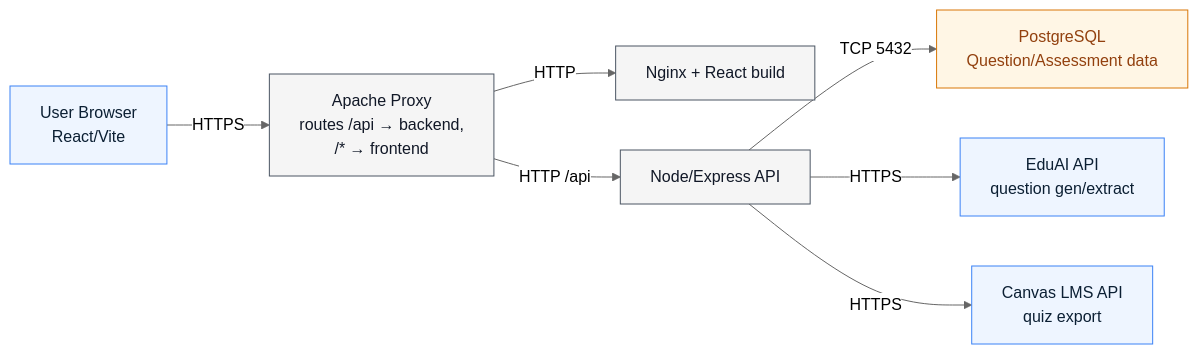
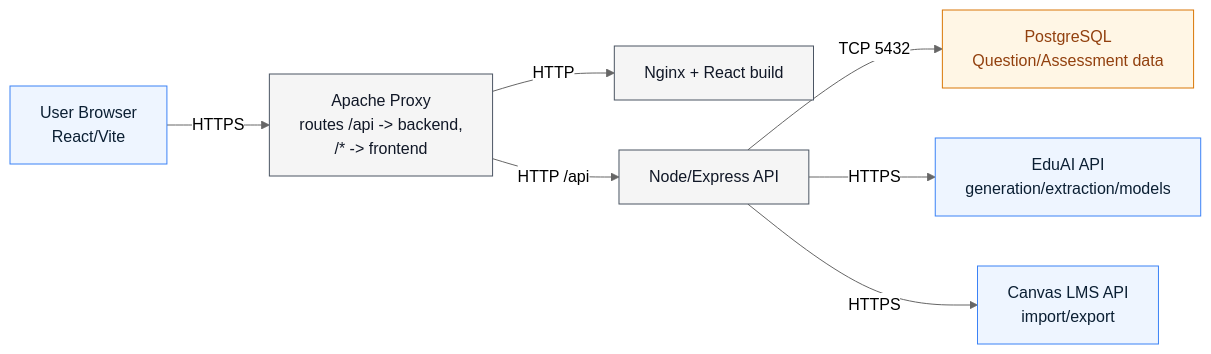
Before and after one commit to EduAI-Lab/Question-Maker: the diagram in docs/DEVELOPER_GUIDE.md, drawn with Mermaid (neutral theme). The commit also changed other lines of this file and 12 other files, not shown here.

````diff
--- a/docs/DEVELOPER_GUIDE.md
+++ b/docs/DEVELOPER_GUIDE.md
@@ -7,14 +7,14 @@
 ```mermaid
 flowchart LR
-    User["User Browser<br/>React/Vite"] -->|HTTPS| Apache["Apache Proxy<br/>routes /api → backend,<br/>/* → frontend"]
+    User["User Browser<br/>React/Vite"] -->|HTTPS| Apache["Apache Proxy<br/>routes /api -> backend,<br/>/* -> frontend"]
     Apache -->|HTTP| Frontend["Nginx + React build"]
     Apache -->|HTTP /api| Backend["Node/Express API"]
     Backend -->|TCP 5432| Postgres["PostgreSQL<br/>Question/Assessment data"]
-    Backend -->|HTTPS| EduAI["EduAI API<br/>question gen/extract"]
-    Backend -->|HTTPS| Canvas["Canvas LMS API<br/>quiz export"]
+    Backend -->|HTTPS| EduAI["EduAI API<br/>generation/extraction/models"]
+    Backend -->|HTTPS| Canvas["Canvas LMS API<br/>import/export"]
 
     classDef ext fill:#eef5ff,stroke:#3b82f6,stroke-width:1px,color:#0b1f33;
     classDef svc fill:#f5f5f5,stroke:#4b5563,stroke-width:1px,color:#111827;
     classDef db fill:#fff6e5,stroke:#d97706,stroke-width:1px,color:#92400e;
     class User ext; class Apache,Frontend,Backend svc; class Postgres db; class EduAI,Canvas ext;
 ```
````
